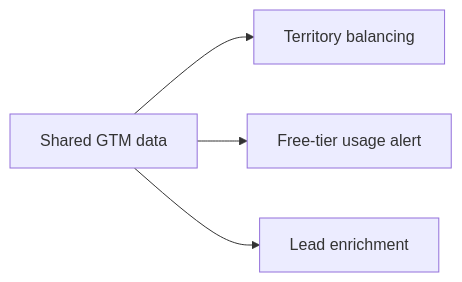
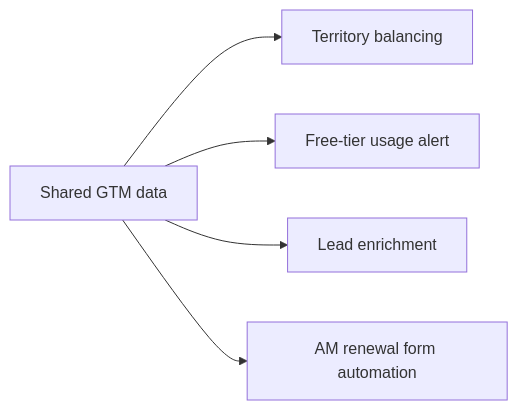
The diagram in README.md (andrew-heo/gtm-engineering), drawn with Mermaid before and after one commit. The commit also changed other lines of this file and 10 other files, not shown here.

Commit message:
Add Parabola renewal form automation project

````diff
--- a/README.md
+++ b/README.md
@@ -29,6 +30,7 @@
 ```mermaid
 flowchart LR
     A[Shared GTM data] --> B[Territory balancing]
     A --> C[Free-tier usage alert]
     A --> D[Lead enrichment]
+    A --> E[AM renewal form automation]
 ```
````
